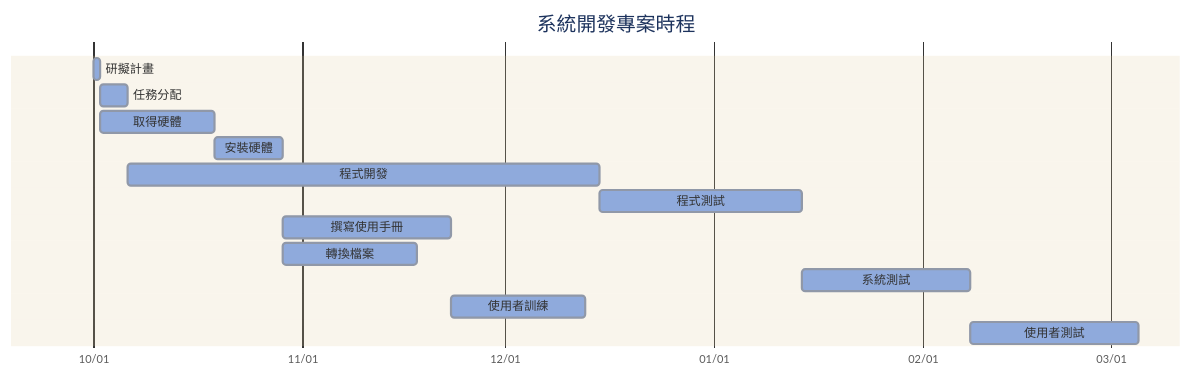
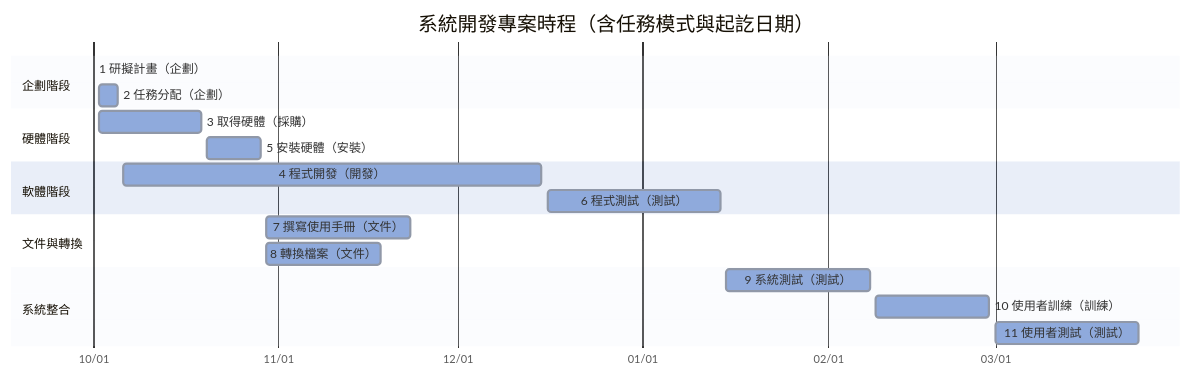
Before and after one commit to c112118223/114-B: the first of 2 diagrams in hw2.md, drawn with Mermaid.

````diff
--- a/hw2.md
+++ b/hw2.md
@@ -2,21 +2,30 @@
 ```mermaid
-%%{init: {'theme': 'base', 'themeVariables': { 'primaryColor': '#8FAADC', 'fontFamily': 'Noto Sans TC'}}}%%
+%%{init: {'theme': 'base', 'themeVariables': { 'primaryColor': '#8FAADC', 'fontFamily': 'Noto Sans TC', 'tertiaryColor': '#EAF0FB'}}}%%
 gantt
-    title 系統開發專案時程
+    title 系統開發專案時程（含任務模式與起訖日期）
     dateFormat  YYYY-MM-DD
     axisFormat  %m/%d
     todayMarker off
 
-    研擬計畫          :a1, 2025-10-01, 1d
-    任務分配          :a2, after a1, 4d
-    取得硬體          :a3, after a1, 17d
-    安裝硬體          :a5, after a3, 10d
-    程式開發          :a4, after a2, 70d
-    程式測試          :a6, after a4, 30d
-    撰寫使用手冊      :a7, after a5, 25d
-    轉換檔案          :a8, after a5, 20d
-    系統測試          :a9, after a6, 25d
-    使用者訓練        :a10, after a7 a8, 20d
-    使用者測試        :a11, after a9 a10, 25d
+    section 企劃階段
+    1 研擬計畫（企劃）       :done, a1, 2025-10-01, 2025-10-01
+    2 任務分配（企劃）       :a2, 2025-10-02, 2025-10-05
+
+    section 硬體階段
+    3 取得硬體（採購）       :a3, 2025-10-02, 2025-10-19
+    5 安裝硬體（安裝）       :a5, 2025-10-20, 2025-10-29
+
+    section 軟體階段
+    4 程式開發（開發）       :a4, 2025-10-06, 2025-12-15
+    6 程式測試（測試）       :a6, 2025-12-16, 2026-01-14
+
+    section 文件與轉換
+    7 撰寫使用手冊（文件）   :a7, 2025-10-30, 2025-11-23
+    8 轉換檔案（文件）       :a8, 2025-10-30, 2025-11-18
+
+    section 系統整合
+    9 系統測試（測試）       :a9, 2026-01-15, 2026-02-08
+    10 使用者訓練（訓練）    :a10, 2026-02-09, 2026-02-28
+    11 使用者測試（測試）    :a11, 2026-03-01, 2026-03-25
 
 ```
````
